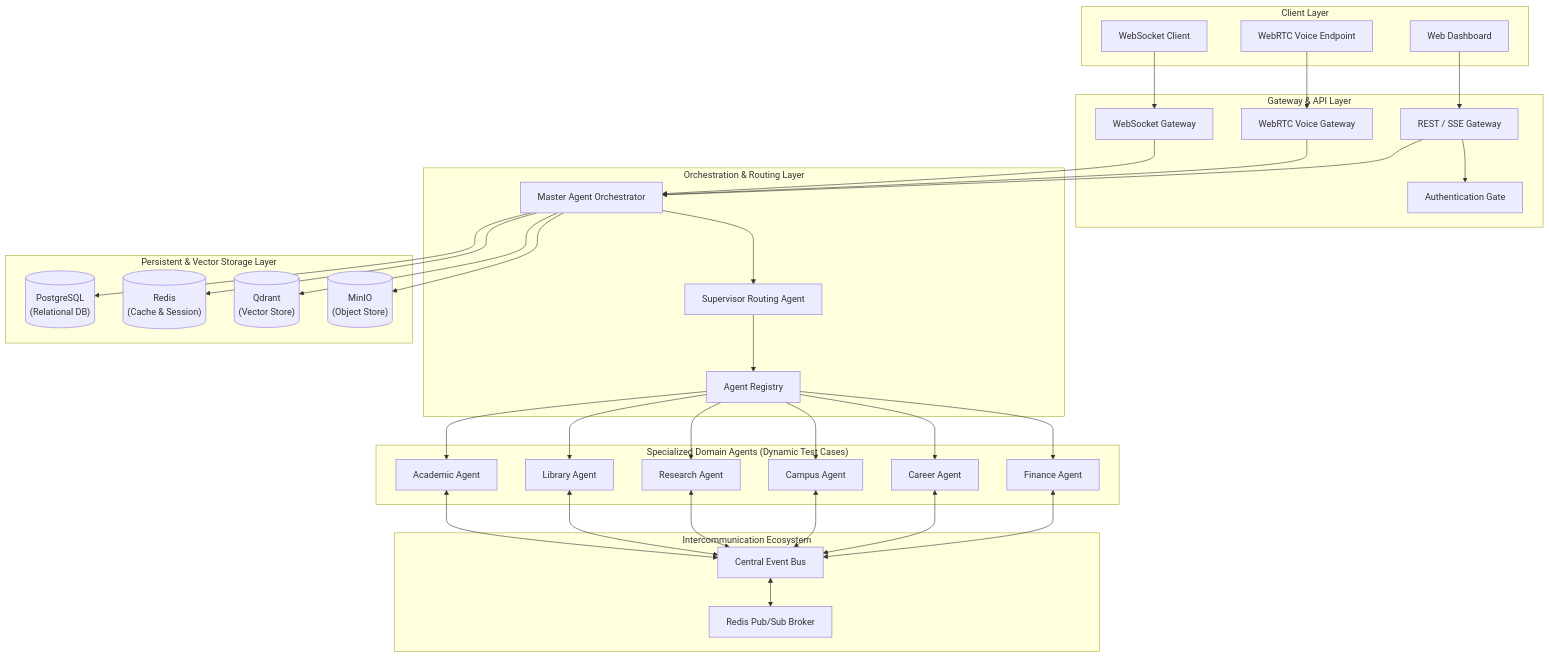
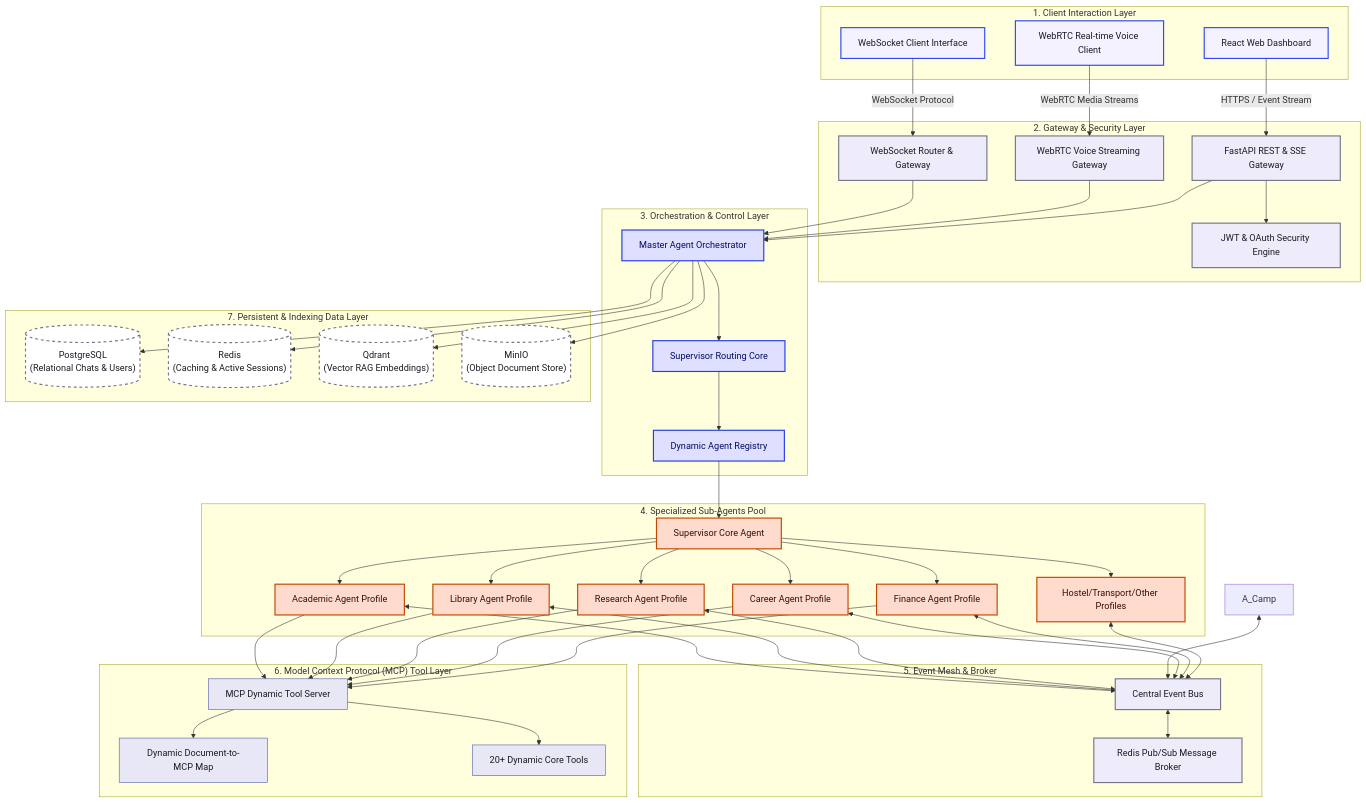
The first of 3 diagrams in docs/PROJECT_DOCUMENTATION.md (theshoaibme/daffodil-intelligence), drawn with Mermaid before and after one commit. The commit also changed other lines of this file and 1 other file, not shown here.

Commit message:
docs: expand system architecture diagram layout and add dynamic tool catalog specifications

````diff
--- a/docs/PROJECT_DOCUMENTATION.md
+++ b/docs/PROJECT_DOCUMENTATION.md
@@ -21,50 +22,71 @@
 ```mermaid
 graph TD
-    %% Component Layers
-    subgraph clients ["Client Layer"]
-        UI["Web Dashboard"]
-        WS_Client["WebSocket Client"]
-        RTC_Client["WebRTC Voice Endpoint"]
+    %% Styling Definitions
+    classDef client fill:#f4f2ff,stroke:#2e46ef,stroke-width:2px,color:#1a1b24;
+    classDef gateway fill:#eeecfa,stroke:#757688,stroke-width:2px,color:#1a1b24;
+    classDef core fill:#dfe0ff,stroke:#213be7,stroke-width:2px,color:#000c62;
+    classDef agent fill:#ffdbce,stroke:#c04500,stroke-width:2px,color:#370e00;
+    classDef tool fill:#e8e7f5,stroke:#4e58a2,stroke-width:1px,color:#1a1b24;
+    classDef storage fill:#ffffff,stroke:#757688,stroke-width:2px,color:#1a1b24,stroke-dasharray: 5 5;
+
+    %% Client Layer
+    subgraph Client_Layer ["1. Client Interaction Layer"]
+        UI["React Web Dashboard"]:::client
+        WS_Client["WebSocket Client Interface"]:::client
+        RTC_Client["WebRTC Real-time Voice Client"]:::client
     end
 
-    subgraph gateways ["Gateway & API Layer"]
-        API["REST / SSE Gateway"]
-        WS_GW["WebSocket Gateway"]
-        LIVE["WebRTC Voice Gateway"]
-        AUTH["Authentication Gate"]
+    %% Gateway Layer
+    subgraph Gateway_Layer ["2. Gateway & Security Layer"]
+        API["FastAPI REST & SSE Gateway"]:::gateway
+        WS_GW["WebSocket Router & Gateway"]:::gateway
+        LIVE["WebRTC Voice Streaming Gateway"]:::gateway
+        AUTH["JWT & OAuth Security Engine"]:::gateway
     end
 
-    subgraph orchestrator ["Orchestration & Routing Layer"]
-        MA["Master Agent Orchestrator"]
-        SUP["Supervisor Routing Agent"]
-        REG["Agent Registry"]
+    %% Orchestration Layer
+    subgraph Orchestration_Layer ["3. Orchestration & Control Layer"]
+        MA["Master Agent Orchestrator"]:::core
+        SUP["Supervisor Routing Core"]:::core
+        REG["Dynamic Agent Registry"]:::core
     end
 
-    subgraph agents ["Specialized Domain Agents (Dynamic Test Cases)"]
-        A_Acad["Academic Agent"]
-        A_Lib["Library Agent"]
-        A_Res["Research Agent"]
-        A_Camp["Campus Agent"]
-        A_Car["Career Agent"]
-        A_Fin["Finance Agent"]
+    %% Agent Pool
+    subgraph Agent_Pool ["4. Specialized Sub-Agents Pool"]
+        A_Supervisor["Supervisor Core Agent"]:::agent
+        A_Acad["Academic Agent Profile"]:::agent
+        A_Lib["Library Agent Profile"]:::agent
+        A_Res["Research Agent Profile"]:::agent
+        A_Car["Career Agent Profile"]:::agent
+        A_Fin["Finance Agent Profile"]:::agent
+        A_Other["Hostel/Transport/Other Profiles"]:::agent
     end
 
-    subgraph event_mesh ["Intercommunication Ecosystem"]
-        Bus["Central Event Bus"]
-        Broker["Redis Pub/Sub Broker"]
+    %% Event Mesh
+    subgraph Event_Mesh ["5. Event Mesh & Broker"]
+        Bus["Central Event Bus"]:::gateway
+        Broker["Redis Pub/Sub Message Broker"]:::gateway
     end
 
-    subgraph storage ["Persistent & Vector Storage Layer"]
-        PG[("PostgreSQL\n(Relational DB)")]
-        RD[("Redis\n(Cache & Session)")]
-        QD[("Qdrant\n(Vector Store)")]
-        IO[("MinIO\n(Object Store)")]
+    %% Tool Layer
+    subgraph Tool_Layer ["6. Model Context Protocol (MCP) Tool Layer"]
+        MCP_Server["MCP Dynamic Tool Server"]:::tool
+        Doc_Server["Dynamic Document-to-MCP Map"]:::tool
+        Catalog["20+ Dynamic Core Tools"]:::tool
+    end
+
+    %% Storage Layer
+    subgraph Storage_Layer ["7. Persistent & Indexing Data Layer"]
+        PG[("PostgreSQL\n(Relational Chats & Users)")]:::storage
+        RD[("Redis\n(Caching & Active Sessions)")]:::storage
+        QD[("Qdrant\n(Vector RAG Embeddings)")]:::storage
+        IO[("MinIO\n(Object Document Store)")]:::storage
     end
 
     %% Flow Connections (Top to Bottom)
-    UI --> API
-    WS_Client --> WS_GW
-    RTC_Client --> LIVE
+    UI -->|HTTPS / Event Stream| API
+    WS_Client -->|WebSocket Protocol| WS_GW
+    RTC_Client -->|WebRTC Media Streams| LIVE
 
     API --> AUTH
     WS_GW --> MA
@@ -73,21 +95,28 @@
 
     MA --> SUP
     SUP --> REG
-    REG --> A_Acad
-    REG --> A_Lib
-    REG --> A_Res
-    REG --> A_Camp
-    REG --> A_Car
-    REG --> A_Fin
+    REG --> A_Supervisor
+    A_Supervisor --> A_Acad
+    A_Supervisor --> A_Lib
+    A_Supervisor --> A_Res
+    A_Supervisor --> A_Car
+    A_Supervisor --> A_Fin
+    A_Supervisor --> A_Other
 
-    %% Bidirectional Event Bus Communication
+    %% Agent-to-Agent Bus Communication
     A_Acad <--> Bus
     A_Lib <--> Bus
     A_Res <--> Bus
     A_Camp <--> Bus
     A_Car <--> Bus
     A_Fin <--> Bus
+    A_Other <--> Bus
     Bus <--> Broker
+
+    %% Tools Access
+    A_Acad & A_Lib & A_Res & A_Car & A_Fin --> MCP_Server
+    MCP_Server --> Catalog
+    MCP_Server --> Doc_Server
 
     %% Resource Queries & State Ingestion
     MA --> PG
````
